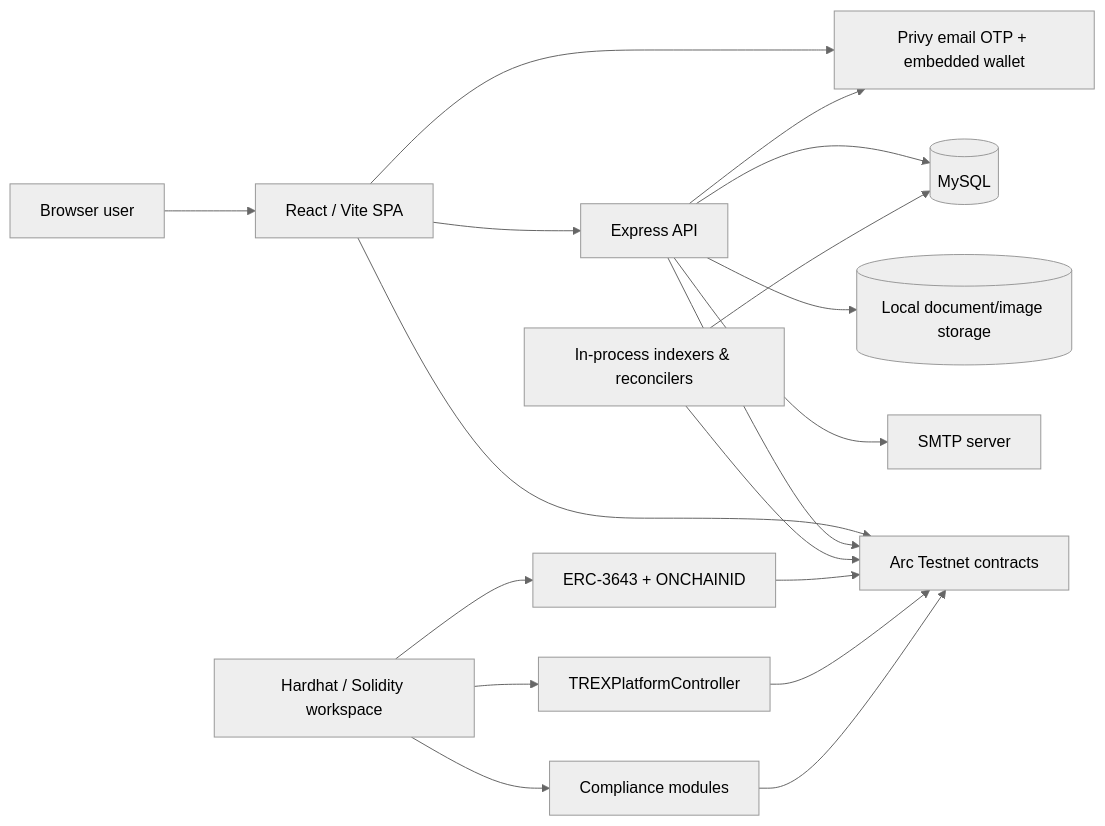
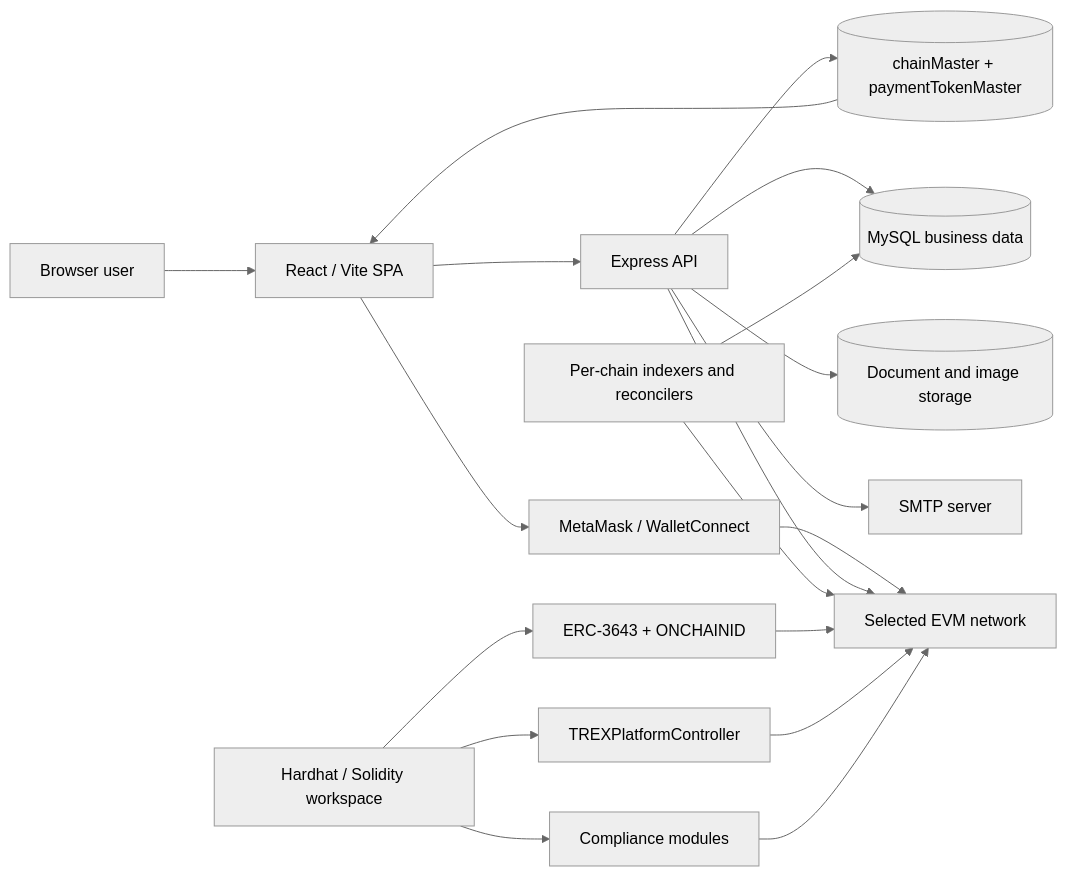
The diagram in README.md (unblocktechie/T-REX-Capital-Market), drawn with Mermaid (neutral theme) before and after one commit. The commit also changed other lines of this file and 270 other files, not shown here.

````diff
--- a/README.md
+++ b/README.md
@@ -98,24 +107,23 @@
 ```mermaid
 flowchart LR
     User[Browser user] --> SPA[React / Vite SPA]
-    SPA --> Privy[Privy email OTP + embedded wallet]
     SPA --> API[Express API]
-    SPA --> Arc[Arc Testnet contracts]
+    SPA --> Wallet[MetaMask / WalletConnect]
+    API --> ChainConfig[(chainMaster + paymentTokenMaster)]
+    API --> MySQL[(MySQL business data)]
+    API --> Files[(Document and image storage)]
+    API --> SMTP[SMTP server]
 
-    API --> MySQL[(MySQL)]
-    API --> Files[(Local document/image storage)]
-    API --> SMTP[SMTP server]
-    API --> Privy
-    API --> Arc
-
-    Jobs[In-process indexers & reconcilers] --> Arc
+    ChainConfig --> SPA
+    Wallet --> EVM[Selected EVM network]
+    API --> EVM
+    Jobs[Per-chain indexers and reconcilers] --> EVM
     Jobs --> MySQL
 
     Contracts[Hardhat / Solidity workspace] --> ERC3643[ERC-3643 + ONCHAINID]
     Contracts --> Controller[TREXPlatformController]
     Contracts --> Modules[Compliance modules]
-
-    ERC3643 --> Arc
-    Controller --> Arc
-    Modules --> Arc
+    ERC3643 --> EVM
+    Controller --> EVM
+    Modules --> EVM
 ```
````
